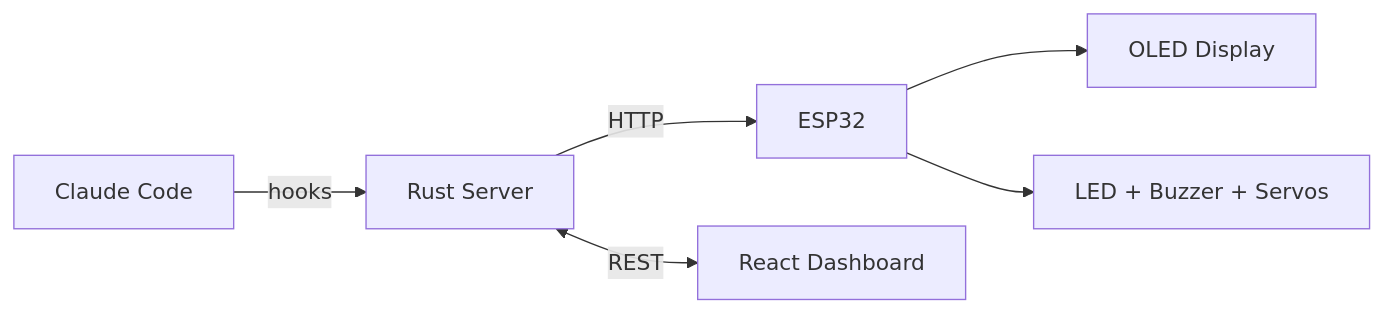
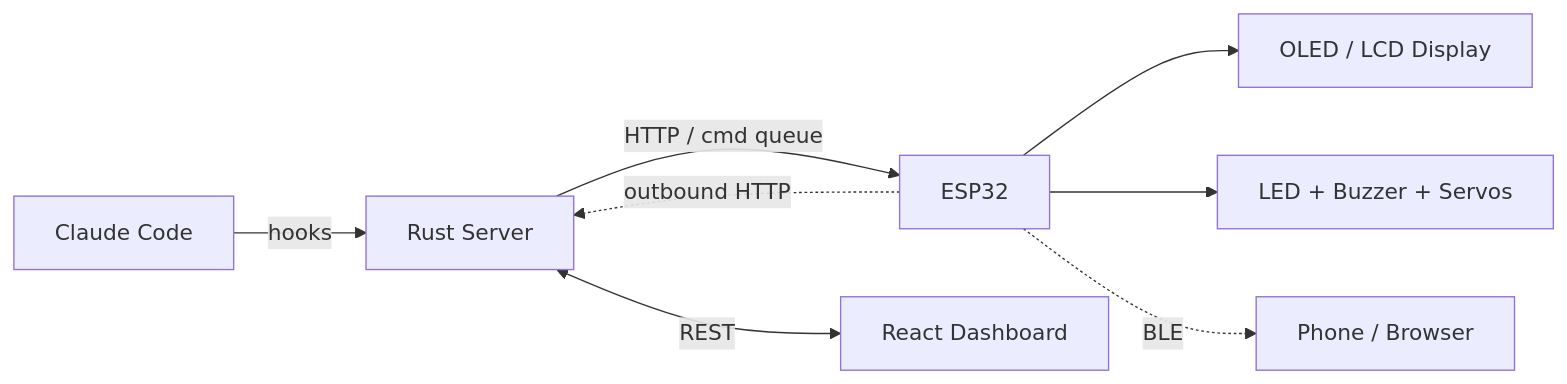
One commit to xaxy55/Hookbot changed the diagram in README.md. Above: the diagram before and after it, drawn with Mermaid. The commit also changed other lines of this file and 1 other file, not shown here.

First line of the commit message:
docs: update README and ROADMAP with hosted mode, BLE pairing, and current stats

````diff
--- a/README.md
+++ b/README.md
@@ -11,8 +11,10 @@
 ```mermaid
 graph LR
     CC[Claude Code] -->|hooks| SV[Rust Server]
-    SV -->|HTTP| ESP[ESP32]
+    SV -->|HTTP / cmd queue| ESP[ESP32]
     SV <-->|REST| WEB[React Dashboard]
-    ESP --> OLED[OLED Display]
+    ESP --> OLED[OLED / LCD Display]
     ESP --> LED[LED + Buzzer + Servos]
+    ESP -.->|BLE| PHONE[Phone / Browser]
+    ESP -.->|outbound HTTP| SV
 ```
````
